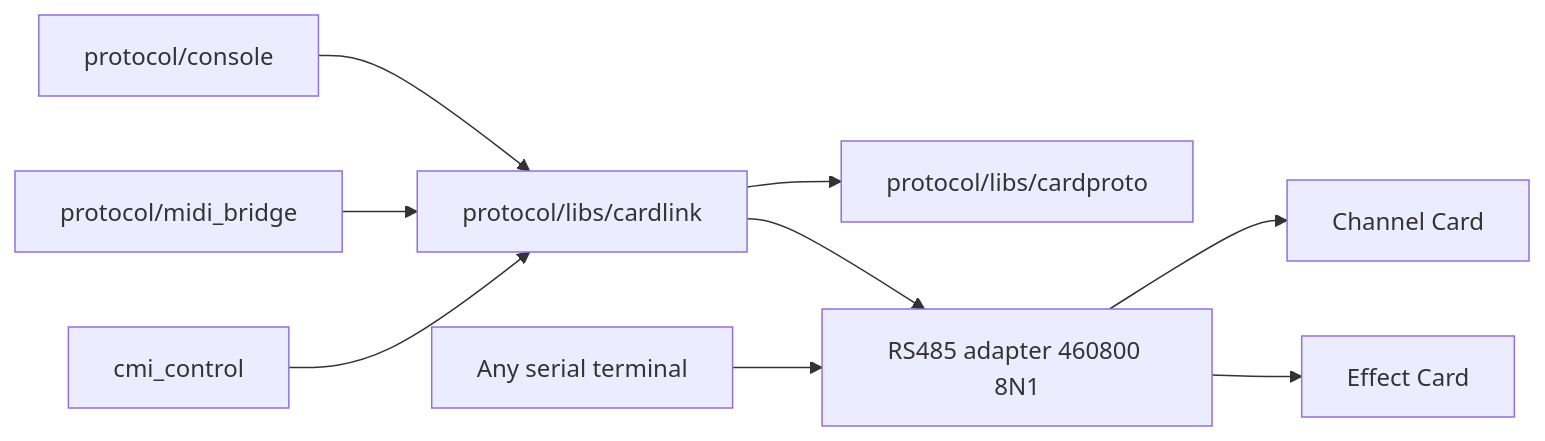
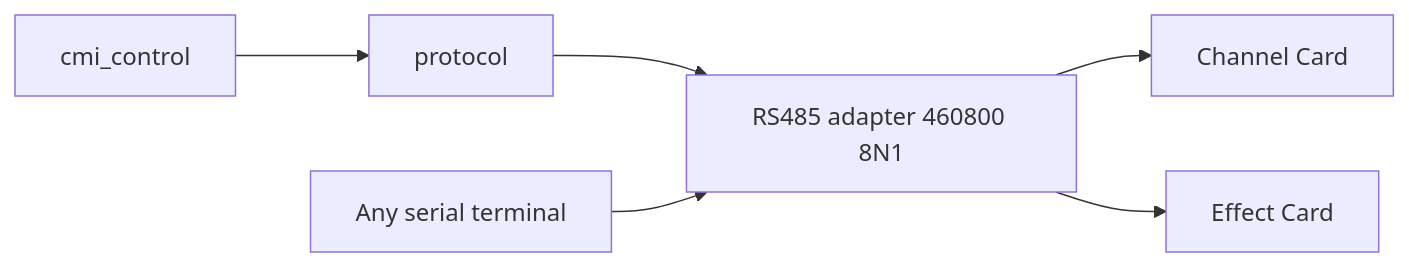
One commit to narendrabhatt-freshwater/firmware changed the diagram in docs/reference/rs485_console_architecture.md. Above: the diagram before and after it, drawn with Mermaid. The commit also changed other lines of this file and 122 other files, not shown here.

````diff
--- a/docs/reference/rs485_console_architecture.md
+++ b/docs/reference/rs485_console_architecture.md
@@ -22,20 +19,14 @@
 ```mermaid
 flowchart LR
   Term[Any serial terminal]
-  Con[protocol/console]
-  Midi[protocol/midi_bridge]
   Gui[cmi_control]
-  Lib[protocol/libs/cardlink]
-  Proto[protocol/libs/cardproto]
+  Lib[protocol]
   Bus[RS485 adapter 460800 8N1]
   CC[Channel Card]
   EC[Effect Card]
-  Con --> Lib
-  Midi --> Lib
   Gui --> Lib
-  Lib --> Proto
   Lib --> Bus
   Term --> Bus
   Bus --> CC
   Bus --> EC
 ```
````
